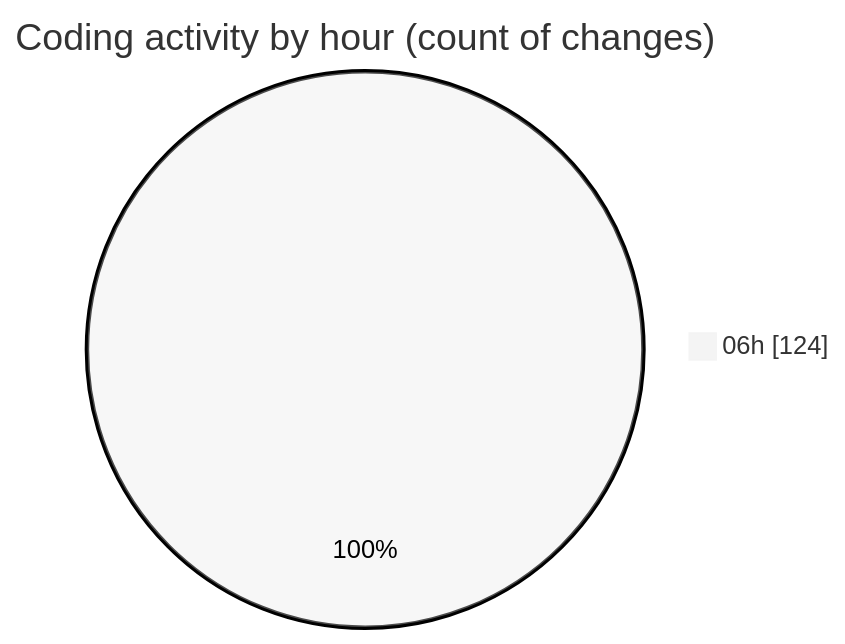
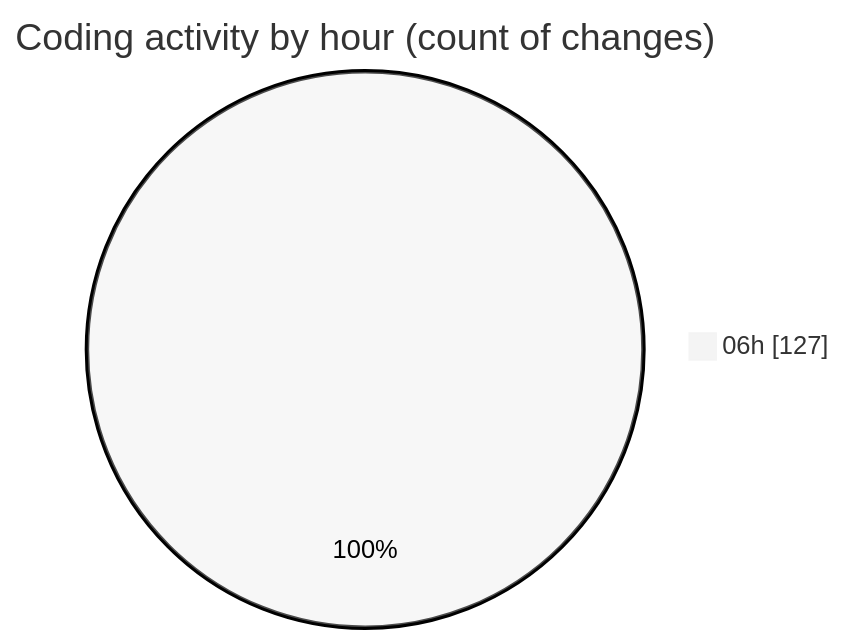
One commit to vahidmafi/code-tracking changed the second of 2 diagrams in 2025-11-09/shop/README.md. Above: the diagram before and after it, drawn with Mermaid (neutral theme). The commit also changed other lines of this file and 1 other file, not shown here.

````diff
--- a/2025-11-09/shop/README.md
+++ b/2025-11-09/shop/README.md
@@ -89,5 +89,5 @@
 ```mermaid
 pie showData
 title Coding activity by hour (count of changes)
-"06h" : 124
+"06h" : 127
 ```
````
